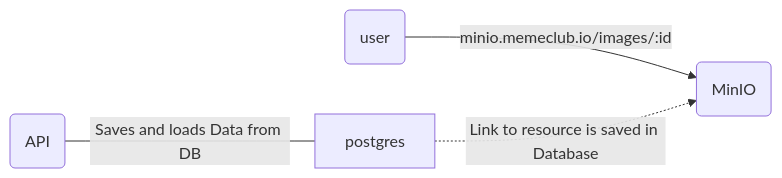
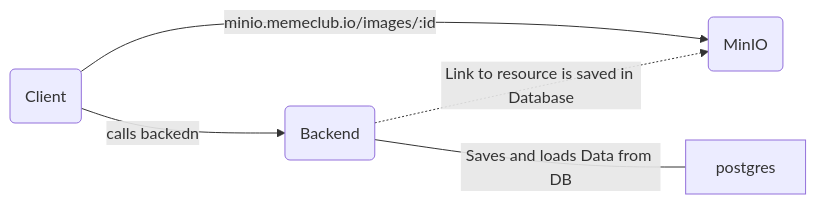
One commit to beschlz/memeclub-api changed the first of 2 diagrams in documentation/project_planning/backend_overview.md. Above: the diagram before and after it, drawn with Mermaid.

Commit message:
Corrected diagram

````diff
--- a/documentation/project_planning/backend_overview.md
+++ b/documentation/project_planning/backend_overview.md
@@ -3,6 +3,7 @@
 ```mermaid
 graph LR
-    user(user)-- minio.memeclub.io/images/:id --> minio(MinIO)
-    api(API)-- Saves and loads Data from DB ---postgres
-    postgres-. Link to resource is saved in Database .-> minio(MinIO)
+    client(Client)-- minio.memeclub.io/images/:id -->minio(MinIO)
+    client -- calls backedn --> backend
+    backend(Backend)-- Saves and loads Data from DB ---postgres
+    backend-. Link to resource is saved in Database .-> minio(MinIO)
 ```
````
